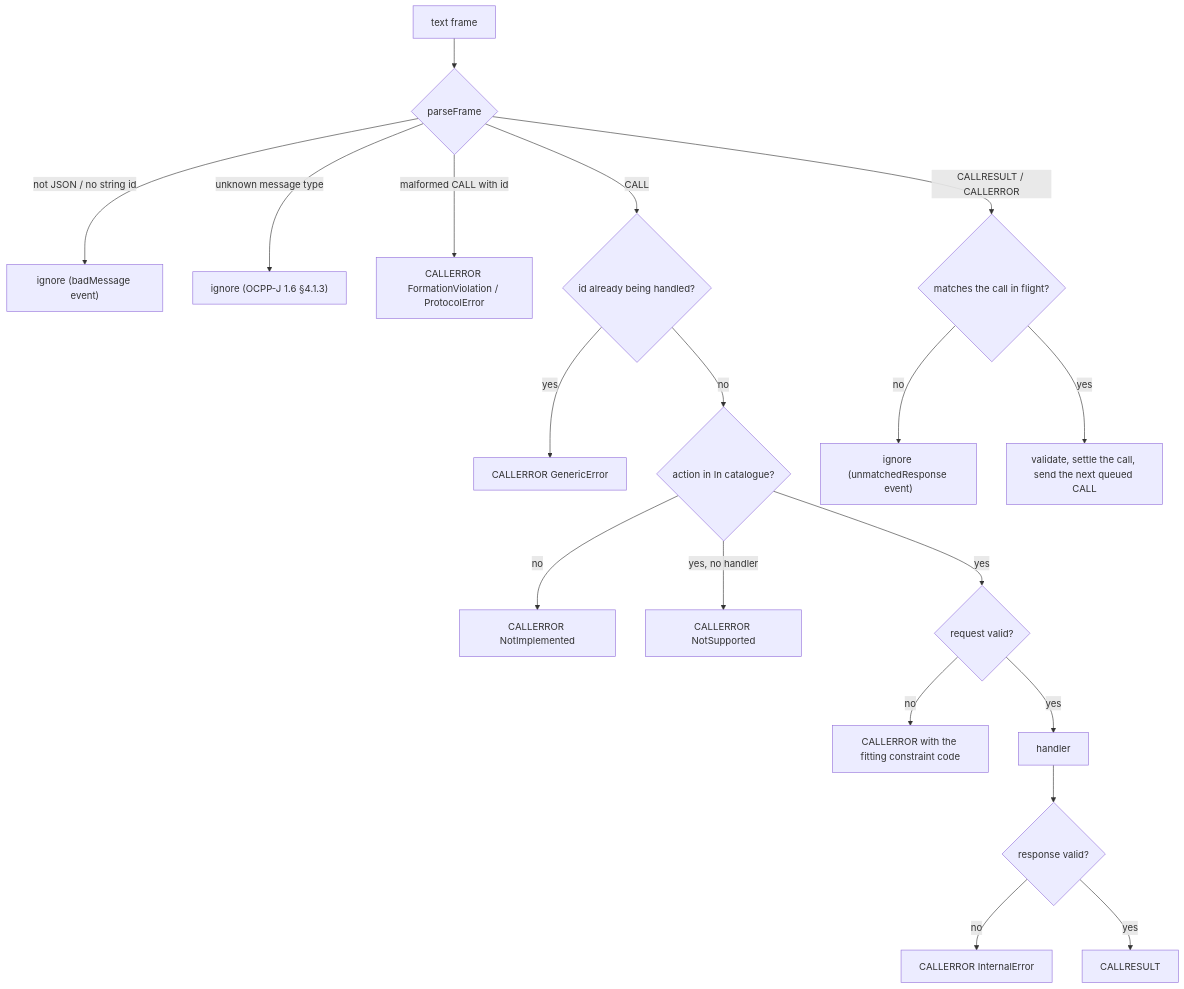
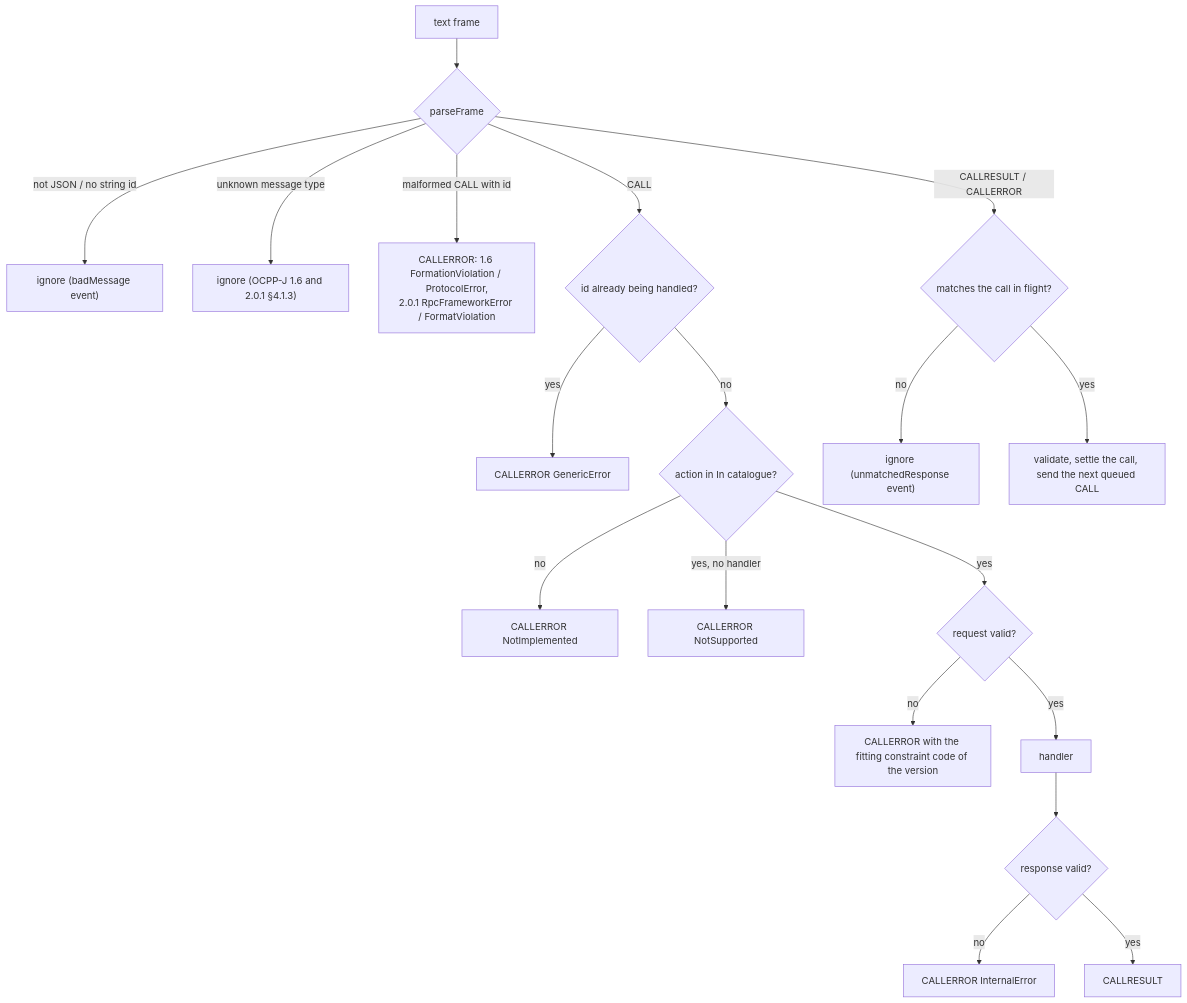
One commit to houssammehdi/ocpp-kit changed the second of 4 diagrams in docs/architecture.md. Above: the diagram before and after it, drawn with Mermaid. The commit also changed other lines of this file, not shown here.

First line of the commit message:
docs(architecture): describe the multi-version design

````diff
--- a/docs/architecture.md
+++ b/docs/architecture.md
@@ -57,20 +76,20 @@
 ```mermaid
 flowchart TD
   IN["text frame"] --> P{"parseFrame"}
   P -- "not JSON / no string id" --> IGN1["ignore (badMessage event)"]
-  P -- "unknown message type" --> IGN2["ignore (OCPP-J 1.6 §4.1.3)"]
-  P -- "malformed CALL with id" --> CE1["CALLERROR FormationViolation / ProtocolError"]
+  P -- "unknown message type" --> IGN2["ignore (OCPP-J 1.6 and 2.0.1 §4.1.3)"]
+  P -- "malformed CALL with id" --> CE1["CALLERROR: 1.6 FormationViolation / ProtocolError,<br/>2.0.1 RpcFrameworkError / FormatViolation"]
   P -- "CALL" --> DUP{"id already being handled?"}
   DUP -- yes --> CE2["CALLERROR GenericError"]
   DUP -- no --> KNOWN{"action in In catalogue?"}
   KNOWN -- no --> CE3["CALLERROR NotImplemented"]
   KNOWN -- "yes, no handler" --> CE4["CALLERROR NotSupported"]
   KNOWN -- yes --> VAL{"request valid?"}
-  VAL -- no --> CE5["CALLERROR with the fitting constraint code"]
+  VAL -- no --> CE5["CALLERROR with the fitting constraint code of the version"]
   VAL -- yes --> H["handler"] --> RV{"response valid?"}
   RV -- no --> CE6["CALLERROR InternalError"]
   RV -- yes --> CR["CALLRESULT"]
   P -- "CALLRESULT / CALLERROR" --> M{"matches the call in flight?"}
   M -- no --> UM["ignore (unmatchedResponse event)"]
   M -- yes --> SETTLE["validate, settle the call, send the next queued CALL"]
 ```
````
